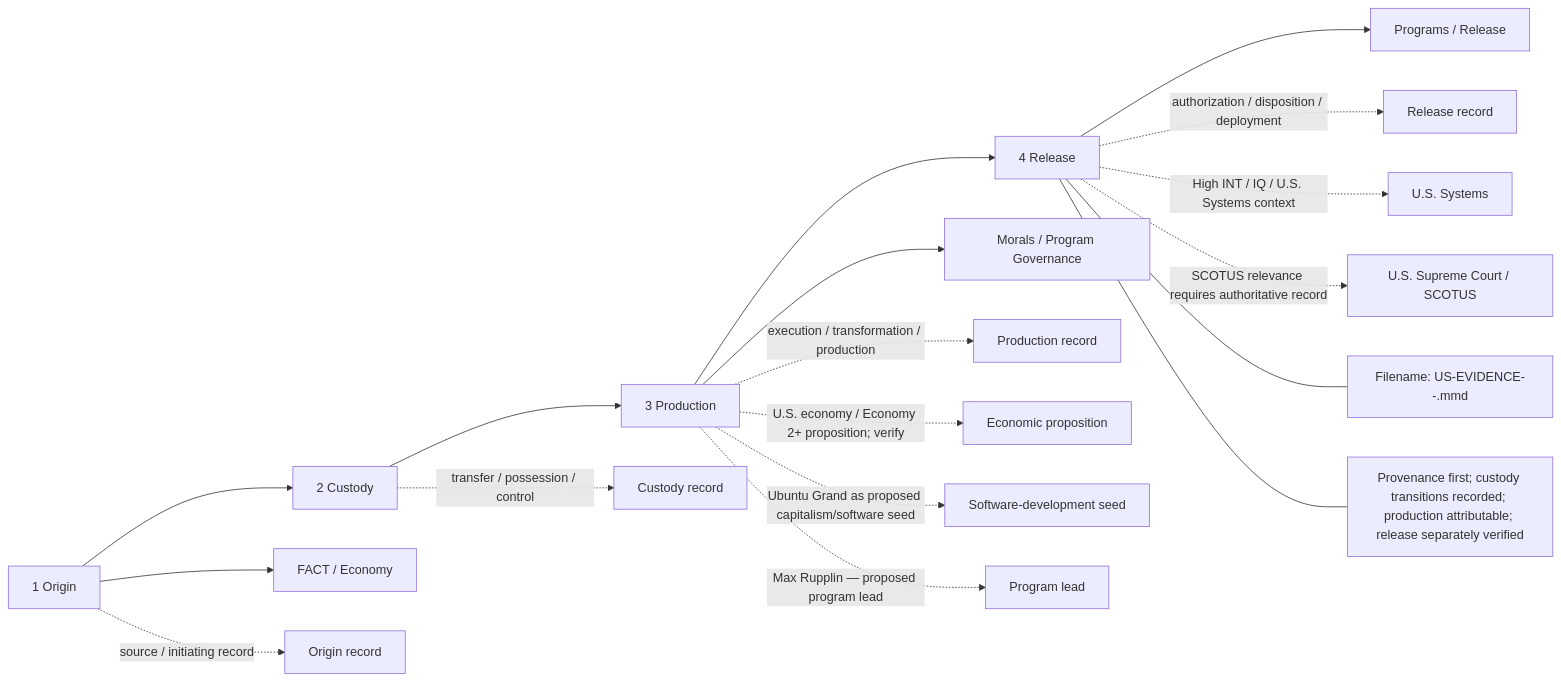
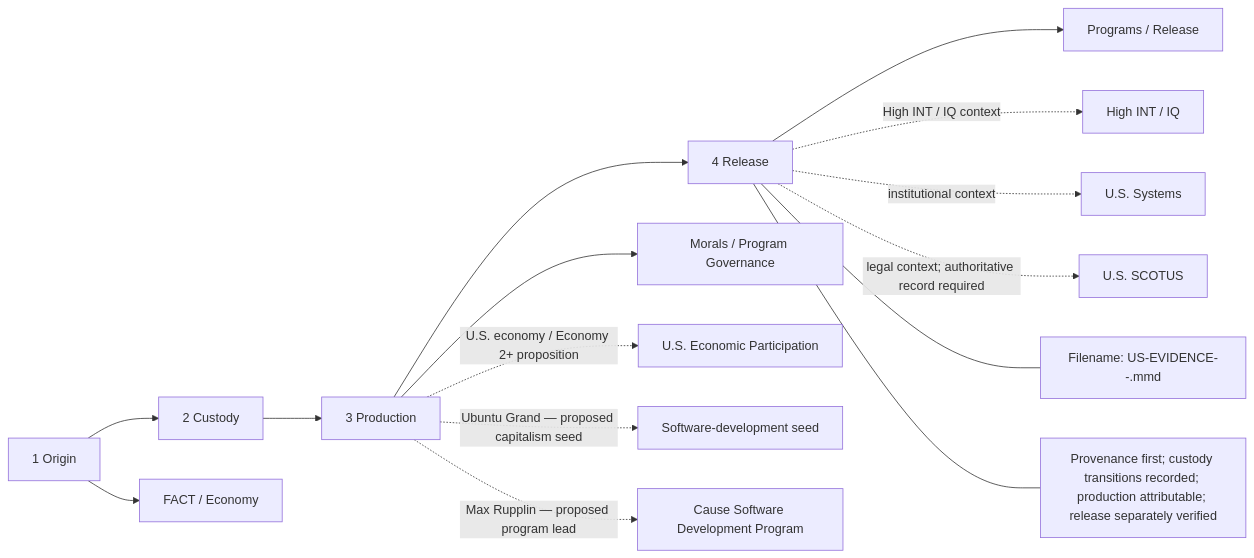
Before and after one commit to mearvk/Java.Web.Server.Telnet.Front.Java.21: the diagram in evidence/US-EVIDENCE-README.mmd, drawn with Mermaid. The commit also changed other lines of this file, not shown here.

Commit message:
Restate U.S. economy, capitalism seed, High INT/IQ, U.S. Systems and SCOTUS propositions cleanly

````diff
--- a/evidence/US-EVIDENCE-README.mmd
+++ b/evidence/US-EVIDENCE-README.mmd
@@ -44,18 +44,15 @@
 ```mermaid
 flowchart LR
     E1["1 Origin"] --> E2["2 Custody"] --> E3["3 Production"] --> E4["4 Release"]
     E1 --> F["FACT / Economy"]
     E3 --> M["Morals / Program Governance"]
     E4 --> P["Programs / Release"]
-    E1 -. "source / initiating record" .-> O["Origin record"]
-    E2 -. "transfer / possession / control" .-> C["Custody record"]
-    E3 -. "execution / transformation / production" .-> PR["Production record"]
-    E4 -. "authorization / disposition / deployment" .-> RL["Release record"]
-    E3 -. "U.S. economy / Economy 2+ proposition; verify" .-> ECON["Economic proposition"]
-    E3 -. "Ubuntu Grand as proposed capitalism/software seed" .-> SEED["Software-development seed"]
-    E3 -. "Max Rupplin — proposed program lead" .-> LEAD["Program lead"]
-    E4 -. "High INT / IQ / U.S. Systems context" .-> SYS["U.S. Systems"]
-    E4 -. "SCOTUS relevance requires authoritative record" .-> SCOTUS["U.S. Supreme Court / SCOTUS"]
+    E3 -. "U.S. economy / Economy 2+ proposition" .-> ECON["U.S. Economic Participation"]
+    E3 -. "Ubuntu Grand — proposed capitalism seed" .-> SEED["Software-development seed"]
+    E3 -. "Max Rupplin — proposed program lead" .-> LEAD["Cause Software Development Program"]
+    E4 -. "High INT / IQ context" .-> IQ["High INT / IQ"]
+    E4 -. "institutional context" .-> SYS["U.S. Systems"]
+    E4 -. "legal context; authoritative record required" .-> SCOTUS["U.S. SCOTUS"]
     E4 --- S["Filename: US-EVIDENCE-<stage>-<identifier>.mmd"]
     E4 --- R["Provenance first; custody transitions recorded; production attributable; release separately verified"]
 ```
````
